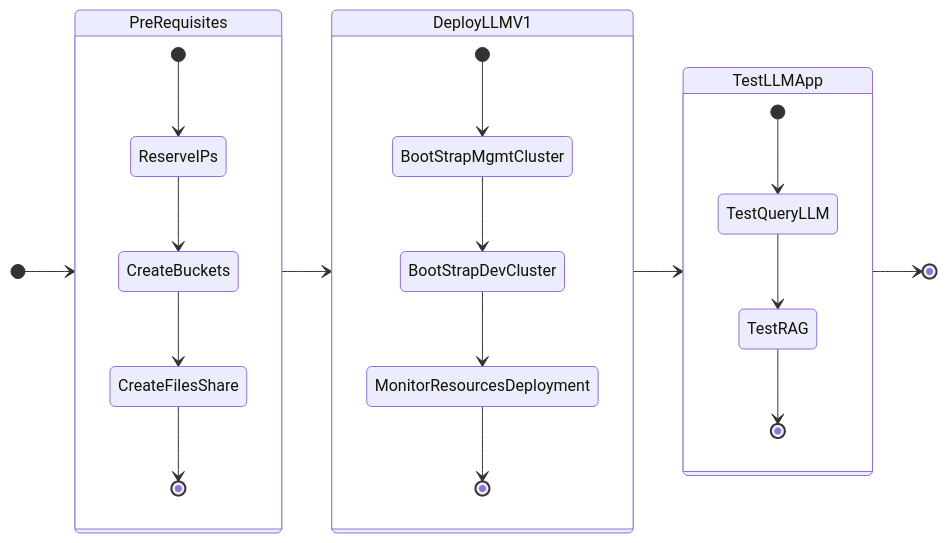
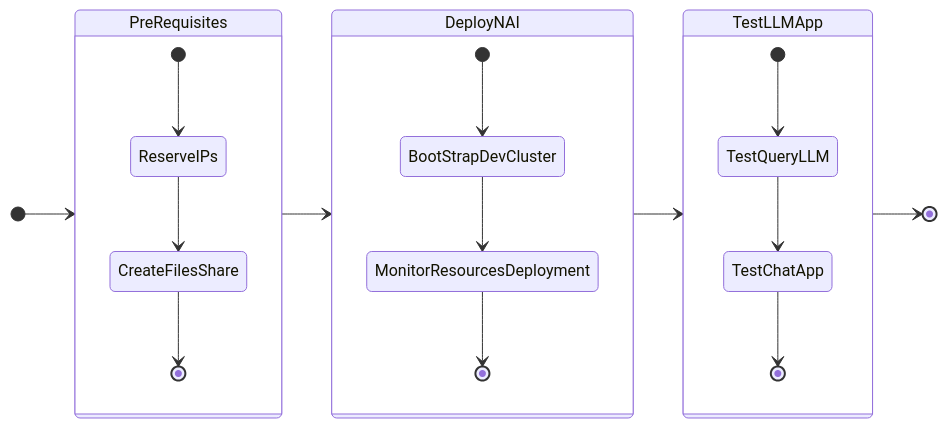
Before and after one commit to nutanix-japan/nai-llm: the diagram in docs/iep/index.md, drawn with Mermaid. The commit also changed other lines of this file and 4 other files, not shown here.

Commit message:
update: fixing mermaid charts for NAI

````diff
--- a/docs/iep/index.md
+++ b/docs/iep/index.md
@@ -17,29 +17,27 @@
 ```mermaid
 stateDiagram-v2
     direction LR
 
     state PreRequisites {
         [*] --> ReserveIPs
-        ReserveIPs --> CreateBuckets
-        CreateBuckets --> CreateFilesShare
+        ReserveIPs --> CreateFilesShare
         CreateFilesShare --> [*]
     }
     
-    state DeployLLMV1 {
-        [*] --> BootStrapMgmtCluster
-        BootStrapMgmtCluster -->  BootStrapDevCluster
+    state DeployNAI {
+        [*] --> BootStrapDevCluster
         BootStrapDevCluster --> MonitorResourcesDeployment
         MonitorResourcesDeployment --> [*]
     }
 
     state TestLLMApp {
         [*] --> TestQueryLLM
-        TestQueryLLM --> TestRAG
-        TestRAG -->  [*]
+        TestQueryLLM --> TestChatApp
+        TestChatApp --> [*]
     }
 
     [*] --> PreRequisites
-    PreRequisites --> DeployLLMV1
-    DeployLLMV1 --> TestLLMApp
+    PreRequisites --> DeployNAI
+    DeployNAI --> TestLLMApp
     TestLLMApp --> [*]
 ```
````
